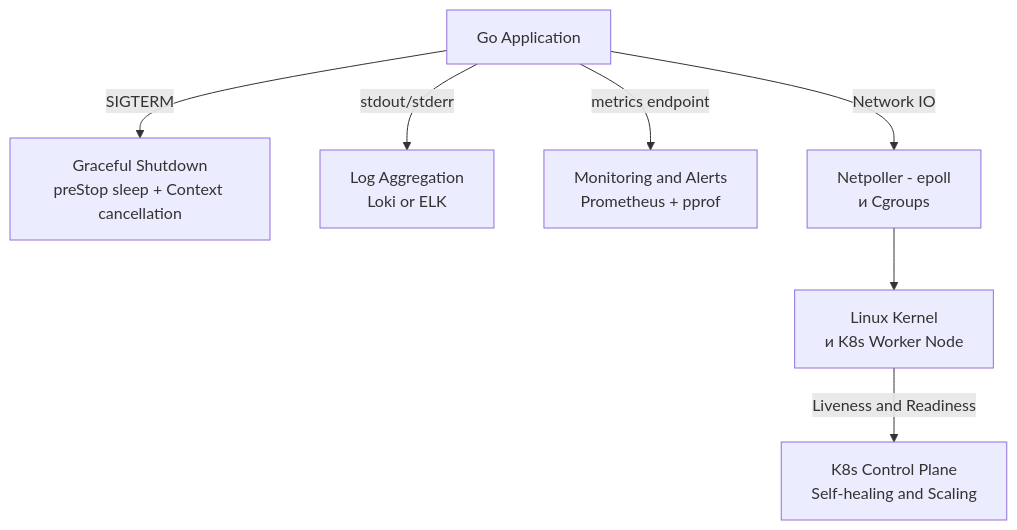
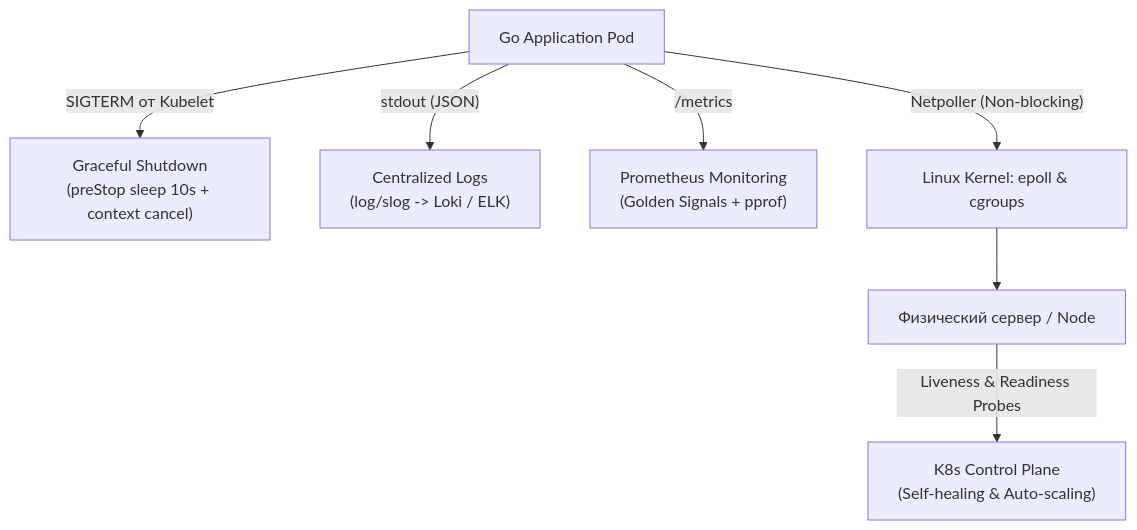
One commit to UnrealTemplier/go-textbook changed the second of 2 diagrams in sources/19. Инфраструктура. Linux, nginx, Docker, Kubernetes/05. Практика/7. Итоги раздела. Production окружение.md. Above: the diagram before and after it, drawn with Mermaid. The commit also changed other lines of this file, not shown here.

````diff
--- a/sources/19. Инфраструктура. Linux, nginx, Docker, Kubernetes/05. Практика/7. Итоги раздела. Production окружение.md
+++ b/sources/19. Инфраструктура. Linux, nginx, Docker, Kubernetes/05. Практика/7. Итоги раздела. Production окружение.md
@@ -28,9 +64,10 @@
 ```mermaid
 flowchart TD
-    A["Go Application"] -->|"SIGTERM"| B["Graceful Shutdown<br>preStop sleep + Context cancellation"]
-    A -->|"stdout/stderr"| C["Log Aggregation<br>Loki or ELK"]
-    A -->|"metrics endpoint"| D["Monitoring and Alerts<br>Prometheus + pprof"]
-    A -->|"Network IO"| E["Netpoller - epoll<br>и Cgroups"]
-    E --> F["Linux Kernel<br>и K8s Worker Node"]
-    F -->|"Liveness and Readiness"| G["K8s Control Plane<br>Self-healing and Scaling"]
+    GoApp["Go Application Pod"] -->|"SIGTERM от Kubelet"| Shutdown["Graceful Shutdown<br>(preStop sleep 10s + context cancel)"]
+    GoApp -->|"stdout (JSON)"| Logs["Centralized Logs<br>(log/slog -> Loki / ELK)"]
+    GoApp -->|"/metrics"| Metrics["Prometheus Monitoring<br>(Golden Signals + pprof)"]
+    GoApp -->|"Netpoller (Non-blocking)"| Epoll["Linux Kernel: epoll & cgroups"]
+    
+    Epoll --> Host["Физический сервер / Node"]
+    Host -->|"Liveness & Readiness Probes"| K8sCtrl["K8s Control Plane<br>(Self-healing & Auto-scaling)"]
 ```
````
